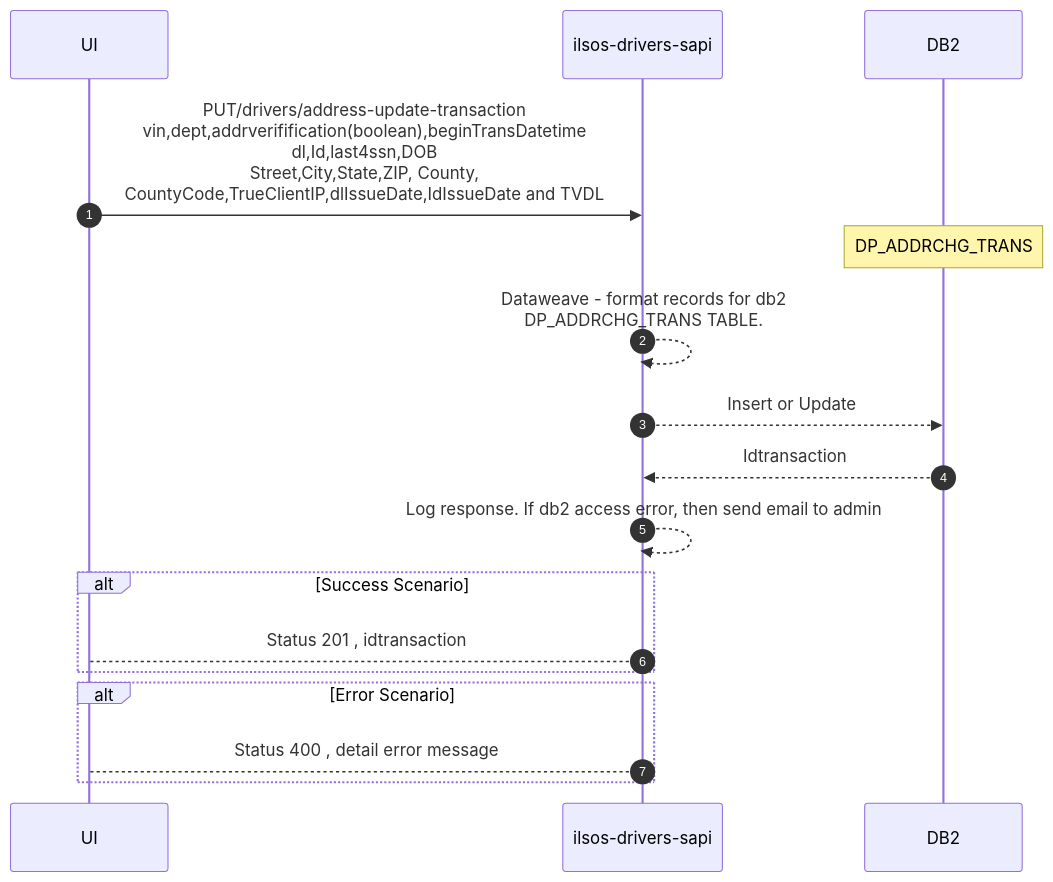
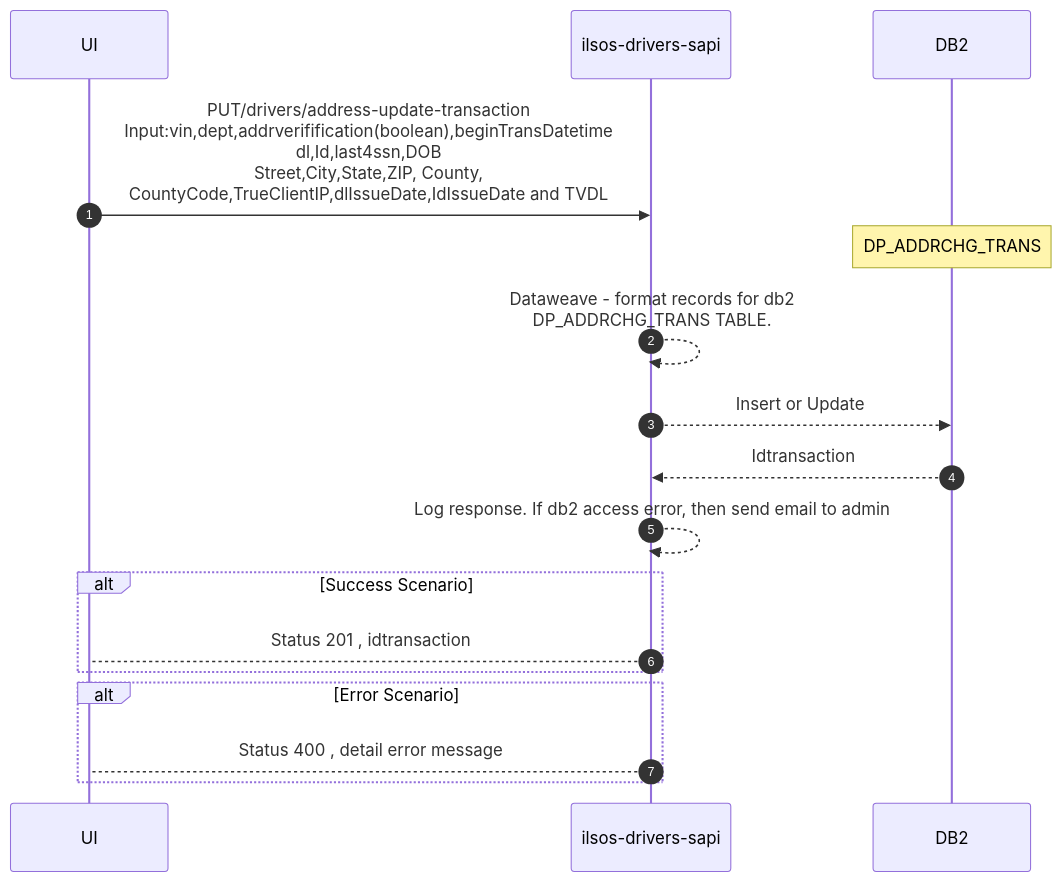
Before and after one commit to acme-devs/ilsos-drivers-sapi: the third of 3 diagrams in README.md, drawn with Mermaid.

````diff
--- a/README.md
+++ b/README.md
@@ -90,23 +90,23 @@
 ```mermaid
 sequenceDiagram
     autonumber
     participant ui as UI
     participant api as ilsos-drivers-sapi
     participant db2 as DB2
     
-    ui->>api:PUT/drivers/address-update-transaction <br>vin,dept,addrverifification(boolean),beginTransDatetime<br>dl,Id,last4ssn,DOB<br>Street,City,State,ZIP, County,<br>CountyCode,TrueClientIP,dlIssueDate,IdIssueDate and TVDL
+    ui->>api:PUT/drivers/address-update-transaction <br>Input:vin,dept,addrverifification(boolean),beginTransDatetime<br>dl,Id,last4ssn,DOB<br>Street,City,State,ZIP, County,<br>CountyCode,TrueClientIP,dlIssueDate,IdIssueDate and TVDL
 
     note over db2:DP_ADDRCHG_TRANS
     
     api-->>api:Dataweave - format records for db2<BR> DP_ADDRCHG_TRANS TABLE.
     api-->>db2: Insert or Update 
     
     db2-->>api: Idtransaction
     api-->>api:Log response. If db2 access error, then send email to admin
     alt Success Scenario 
         api-->ui: Status 201 , idtransaction
     end
     alt Error Scenario 
         api-->ui: Status 400 , detail error message
     end
 ```
````
